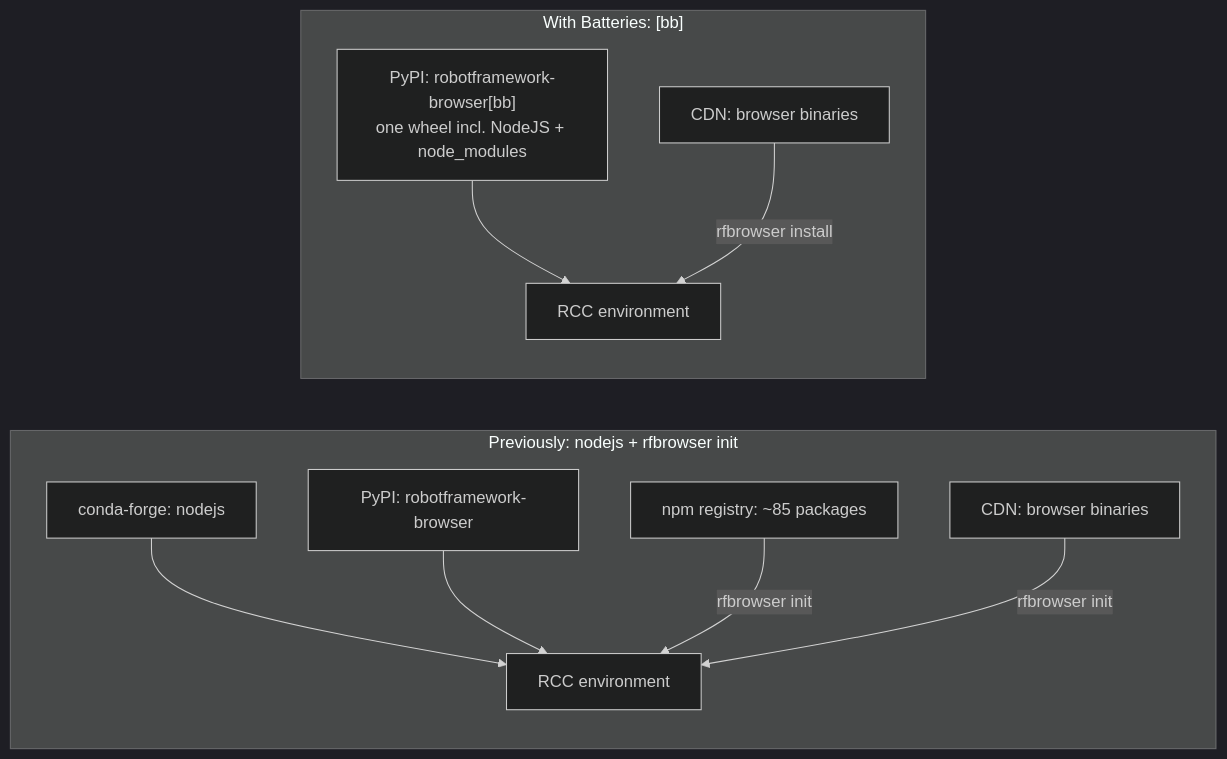
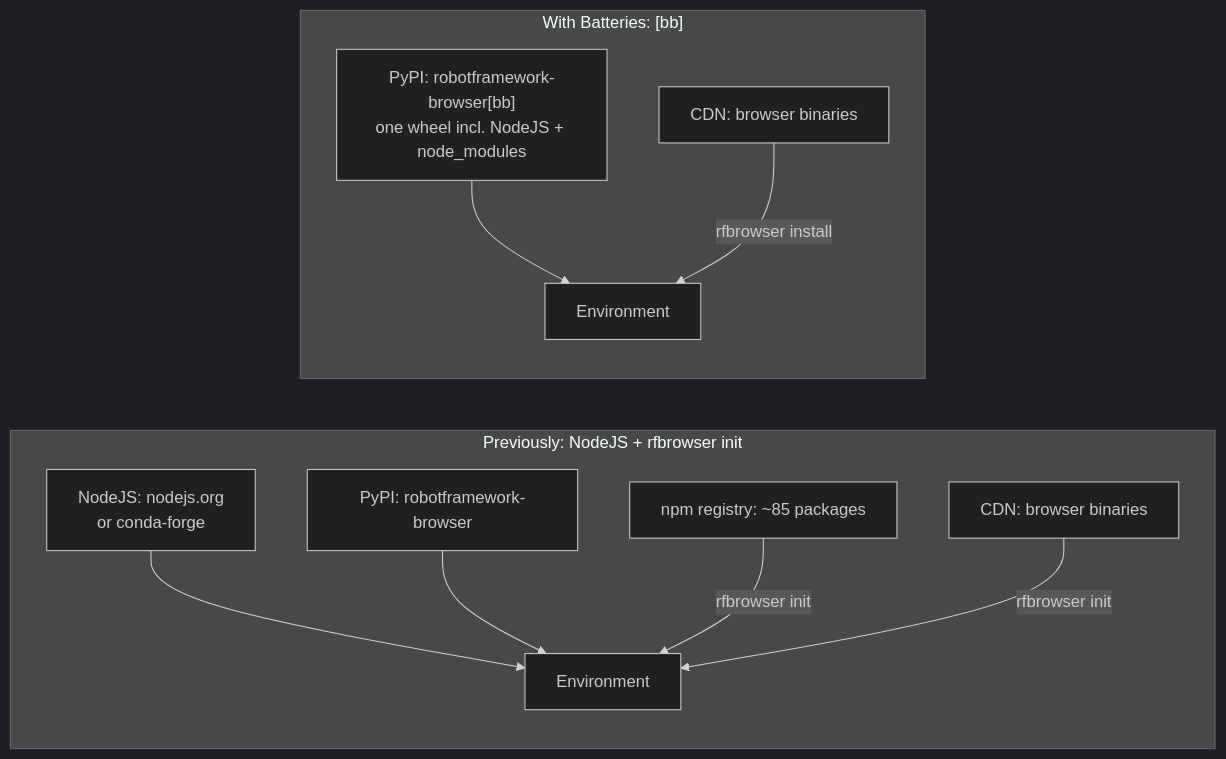
One commit to Robotmk/robotmk.org changed the second of 2 diagrams in content/blog/browser-batteries/index.en.md. Above: the diagram before and after it, drawn with Mermaid (dark theme). The commit also changed other lines of this file and 1 other file, not shown here.

Commit message:
Browser-batteries: fixed RCC mention

````diff
--- a/content/blog/browser-batteries/index.en.md
+++ b/content/blog/browser-batteries/index.en.md
@@ -109,15 +137,15 @@
 ```mermaid
 flowchart LR
-    subgraph BEFORE["Previously: nodejs + rfbrowser init"]
+    subgraph BEFORE["Previously: NodeJS + rfbrowser init"]
         direction TB
-        CF["conda-forge: nodejs"] --> E1["RCC environment"]
+        CF["NodeJS: nodejs.org<br/>or conda-forge"] --> E1["Environment"]
         PY1["PyPI: robotframework-browser"] --> E1
         NPM["npm registry: ~85 packages"] -- "rfbrowser init" --> E1
         CDN1["CDN: browser binaries"] -- "rfbrowser init" --> E1
     end
     subgraph AFTER["With Batteries: [bb]"]
         direction TB
-        PY2["PyPI: robotframework-browser[bb]<br/>one wheel incl. NodeJS + node_modules"] --> E2["RCC environment"]
+        PY2["PyPI: robotframework-browser[bb]<br/>one wheel incl. NodeJS + node_modules"] --> E2["Environment"]
         CDN2["CDN: browser binaries"] -- "rfbrowser install" --> E2
     end
 ```
````
